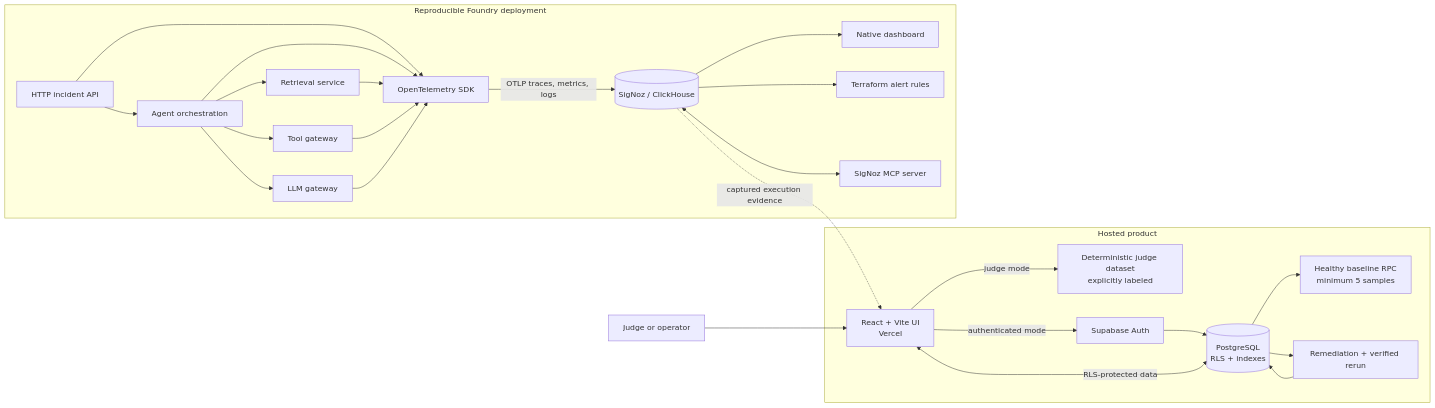
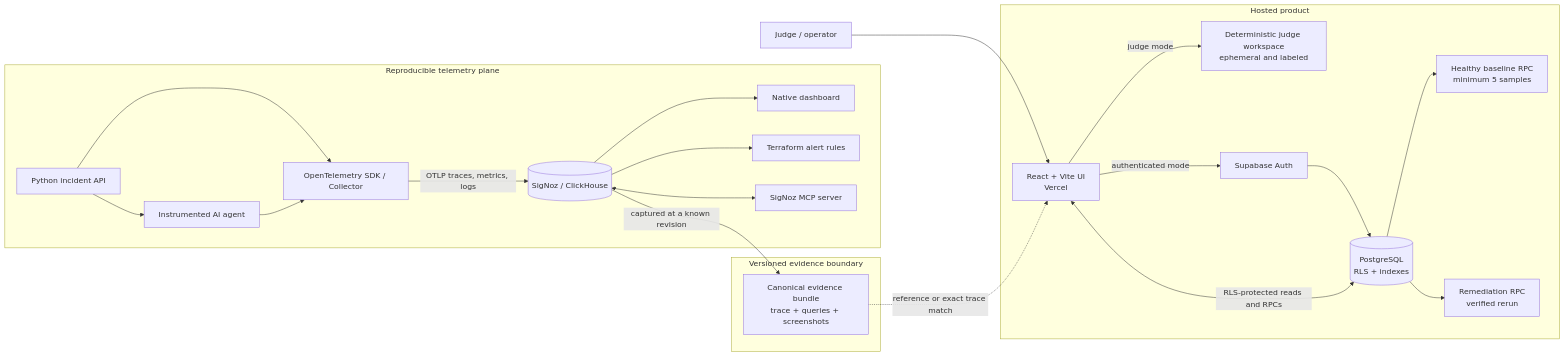
Before and after one commit to phanixdev/agentscope-sidekick: the first of 4 diagrams in docs/architecture.md, drawn with Mermaid. The commit also changed other lines of this file and 12 other files, not shown here.

Commit message:
Improved proof integrity and architecture documentation

````diff
--- a/docs/architecture.md
+++ b/docs/architecture.md
@@ -5,50 +25,45 @@
 ```mermaid
 flowchart LR
-    Judge["Judge or operator"]
+    Operator["Judge / operator"]
 
     subgraph Hosted["Hosted product"]
-        Web["React + Vite UI<br/>Vercel"]
-        Demo["Deterministic judge dataset<br/>explicitly labeled"]
+        UI["React + Vite UI<br/>Vercel"]
+        Demo["Deterministic judge workspace<br/>ephemeral and labeled"]
         Auth["Supabase Auth"]
         DB[("PostgreSQL<br/>RLS + indexes")]
-        Base["Healthy baseline RPC<br/>minimum 5 samples"]
-        Fix["Remediation + verified rerun"]
+        Baseline["Healthy baseline RPC<br/>minimum 5 samples"]
+        Remediation["Remediation RPC<br/>verified rerun"]
     end
 
-    subgraph Telemetry["Reproducible Foundry deployment"]
-        API["HTTP incident API"]
-        Agent["Agent orchestration"]
-        Retrieval["Retrieval service"]
-        Tool["Tool gateway"]
-        LLM["LLM gateway"]
-        OTel["OpenTelemetry SDK"]
-        Store[("SigNoz / ClickHouse")]
+    subgraph Observability["Reproducible telemetry plane"]
+        API["Python incident API"]
+        Agent["Instrumented AI agent"]
+        OTel["OpenTelemetry SDK / Collector"]
+        SigNoz[("SigNoz / ClickHouse")]
         Dashboard["Native dashboard"]
         Alerts["Terraform alert rules"]
         MCP["SigNoz MCP server"]
     end
 
-    Judge --> Web
-    Web -->|"judge mode"| Demo
-    Web -->|"authenticated mode"| Auth
+    subgraph Evidence["Versioned evidence boundary"]
+        Bundle["Canonical evidence bundle<br/>trace + queries + screenshots"]
+    end
+
+    Operator --> UI
+    UI -->|"judge mode"| Demo
+    UI -->|"authenticated mode"| Auth
     Auth --> DB
-    Web <-->|"RLS-protected data"| DB
-    DB --> Base
-    DB --> Fix
-    Fix --> DB
+    UI <-->|"RLS-protected reads and RPCs"| DB
+    DB --> Baseline
+    DB --> Remediation
 
     API --> Agent
-    Agent --> Retrieval
-    Agent --> Tool
-    Agent --> LLM
     API --> OTel
     Agent --> OTel
-    Retrieval --> OTel
-    Tool --> OTel
-    LLM --> OTel
-    OTel -->|"OTLP traces, metrics, logs"| Store
-    Store --> Dashboard
-    Store --> Alerts
-    Store <--> MCP
-    Store -. "captured execution evidence" .-> Web
+    OTel -->|"OTLP traces, metrics, logs"| SigNoz
+    SigNoz --> Dashboard
+    SigNoz --> Alerts
+    SigNoz <--> MCP
+    SigNoz -->|"captured at a known revision"| Bundle
+    Bundle -. "reference or exact trace match" .-> UI
 ```
````
